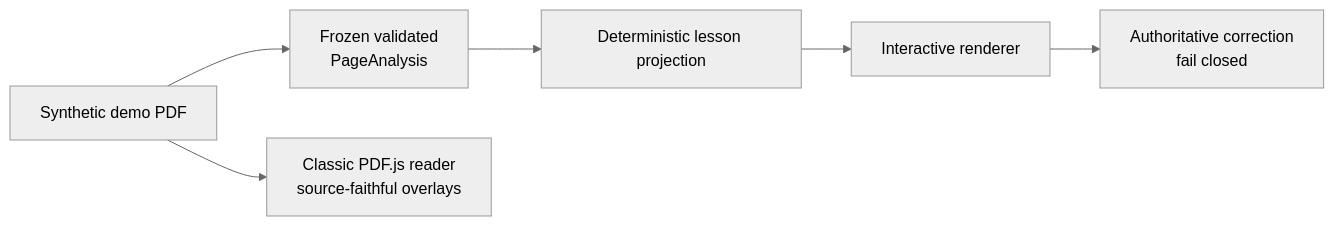
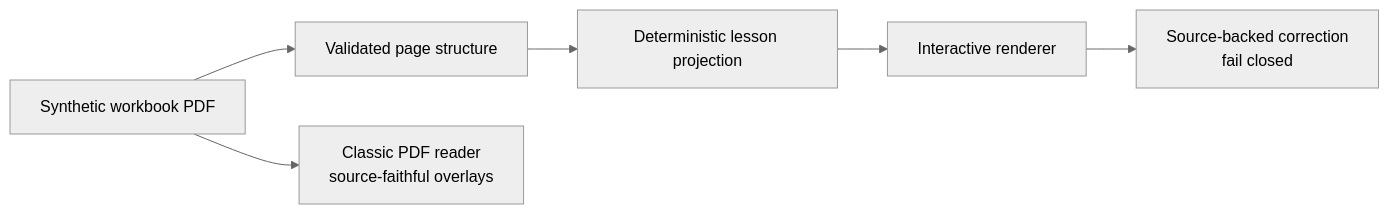
The diagram in README.md (darroyo083/Lexora), drawn with Mermaid (neutral theme) before and after one commit. The commit also changed other lines of this file and 1 other file, not shown here.

````diff
--- a/README.md
+++ b/README.md
@@ -38,8 +38,8 @@
 ```mermaid
 flowchart LR
-    Page[Synthetic demo PDF] --> Contract[Frozen validated<br/>PageAnalysis]
-    Contract --> Projection[Deterministic lesson projection]
+    Page[Synthetic workbook PDF] --> Structure[Validated page structure]
+    Structure --> Projection[Deterministic lesson projection]
     Projection --> Interactive[Interactive renderer]
-    Interactive --> Correction[Authoritative correction<br/>fail closed]
-    Page --> Classic[Classic PDF.js reader<br/>source-faithful overlays]
+    Interactive --> Correction[Source-backed correction<br/>fail closed]
+    Page --> Classic[Classic PDF reader<br/>source-faithful overlays]
 ```
````
